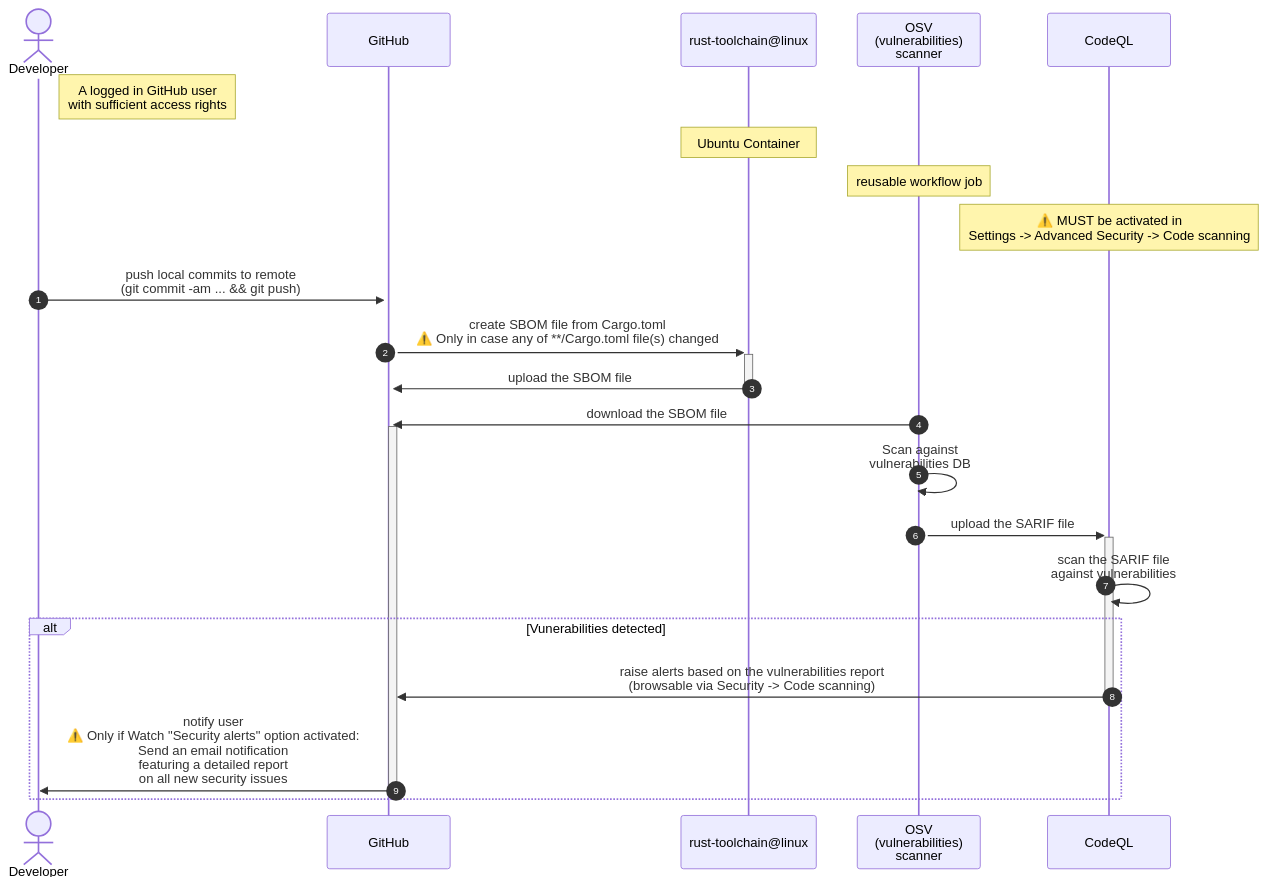
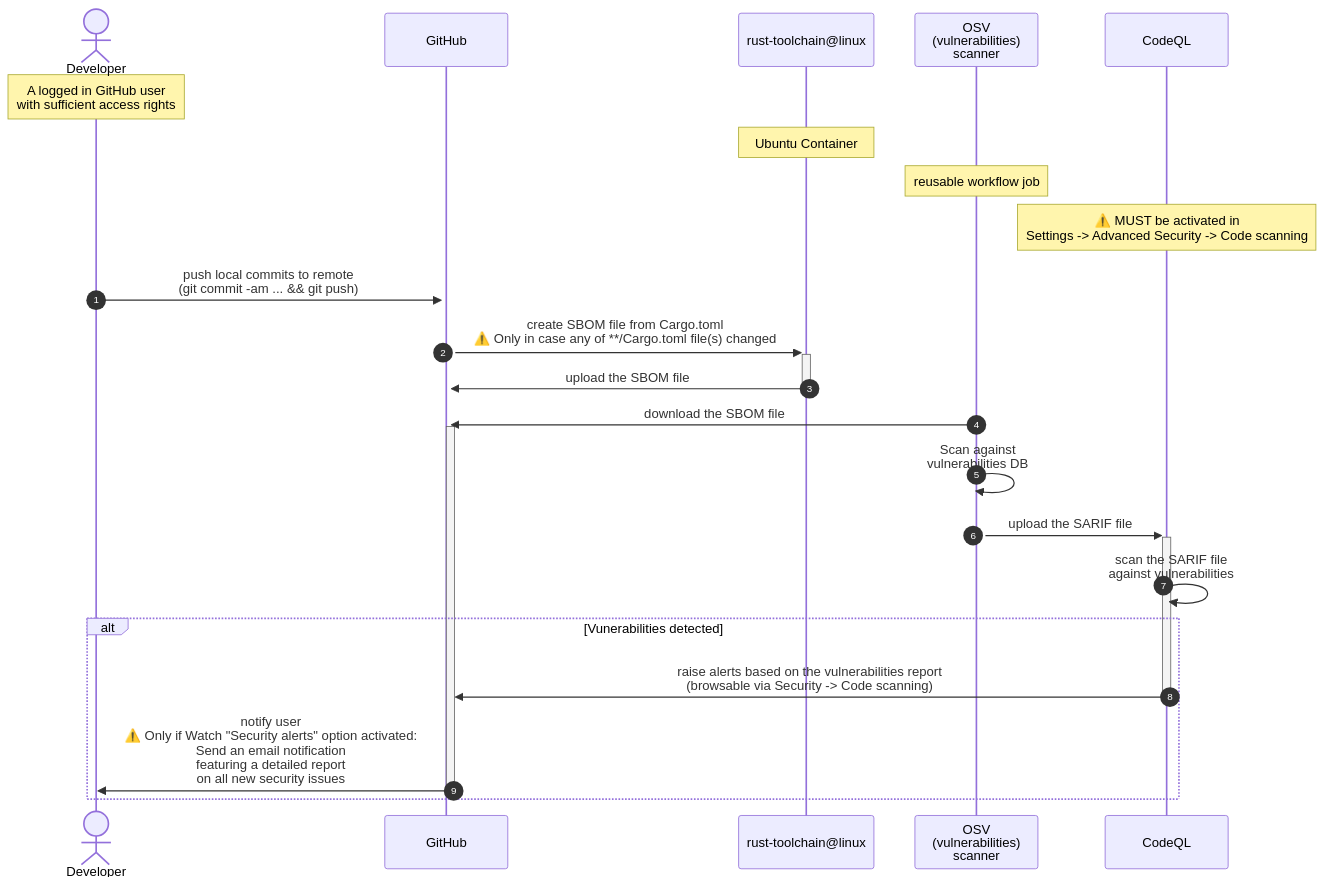
One commit to swiyu-admin-ch/github-actions-workflows changed the second of 4 diagrams in README.md. Above: the diagram before and after it, drawn with Mermaid. The commit also changed other lines of this file, not shown here.

````diff
--- a/README.md
+++ b/README.md
@@ -52,29 +51,28 @@
 ```mermaid
 sequenceDiagram
     autonumber
 
     actor dev as Developer
     participant gh as GitHub
     participant rust   as rust-toolchain@linux
     participant osv    as OSV<br> (vulnerabilities)<br> scanner
     participant CodeQL as CodeQL
 
-    %%Note over dev,CodeQL: The user must be logged in
-    Note right of dev: A logged in GitHub user<br> with sufficient access rights
+    Note over dev: A logged in GitHub user<br> with sufficient access rights
     Note over rust: Ubuntu Container
     Note over osv: reusable workflow job
     Note over CodeQL: ⚠️ MUST be activated in<br> Settings -> Advanced Security -> Code scanning
 
     dev    ->>+ gh: push local commits to remote<br>(git commit -am ... && git push)
     gh     ->>+ rust: create SBOM file from Cargo.toml<br>⚠️ Only in case any of **/Cargo.toml file(s) changed
     rust   ->>- gh: upload the SBOM file
     osv    ->>+ gh: download the SBOM file
     osv    ->>+ osv: Scan against<br> vulnerabilities DB
     osv    ->>+ CodeQL: upload the SARIF file
     CodeQL ->>  CodeQL: scan the SARIF file<br> against vulnerabilities
 
     alt Vunerabilities detected
         CodeQL ->>- gh: raise alerts based on the vulnerabilities report<br> (browsable via Security -> Code scanning)
         gh     ->>- dev: notify user<br> ⚠️ Only if Watch "Security alerts" option activated:<br> Send an email notification<br> featuring a detailed report<br> on all new security issues
     end
 ```
````
